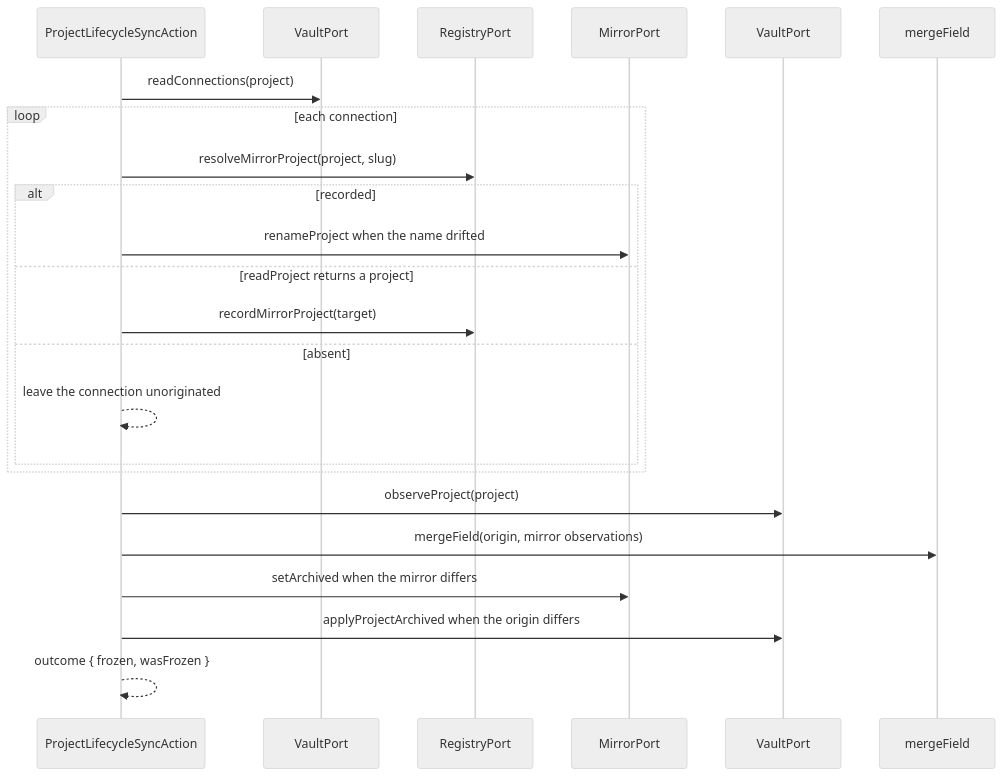
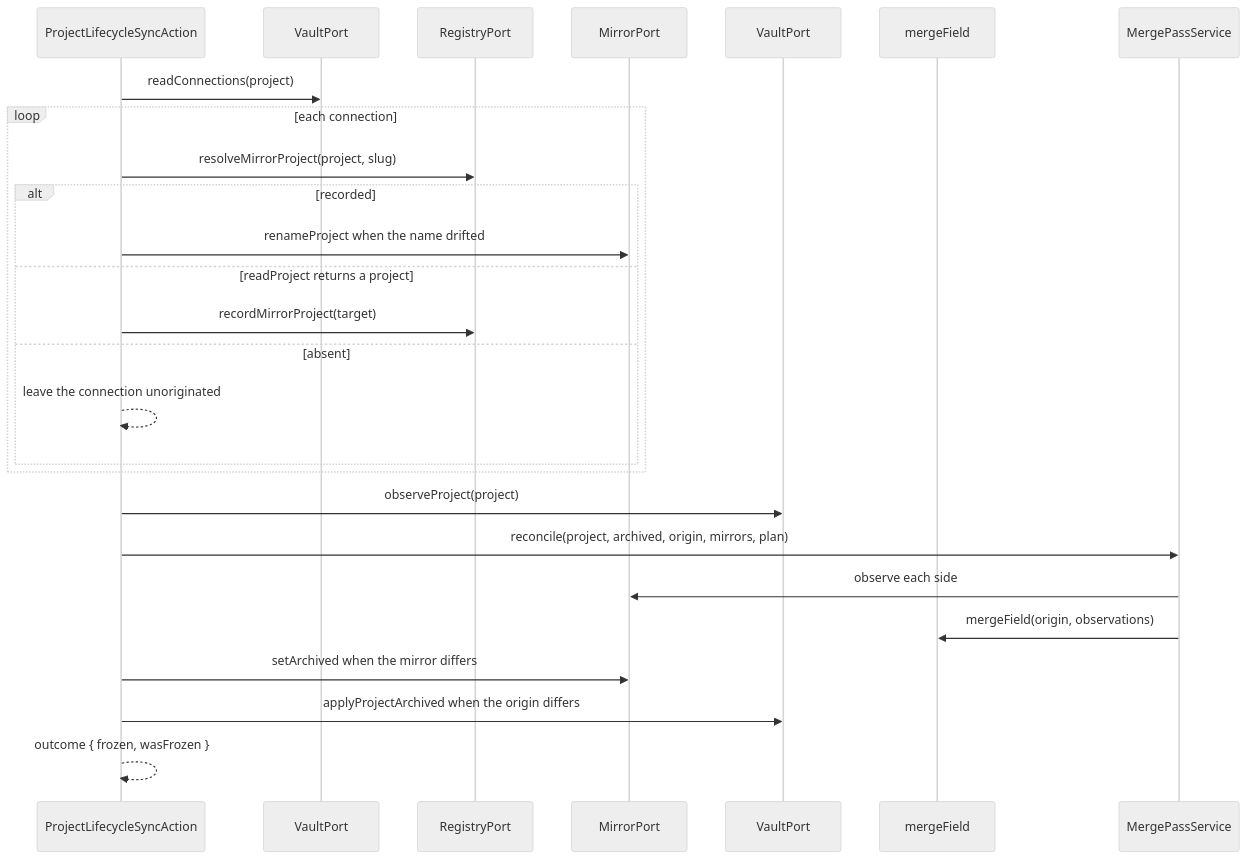
One commit to 99linesofcode/obsidian-project-management changed the sixth of 16 diagrams in docs/developer-manual.md. Above: the diagram before and after it, drawn with Mermaid (neutral theme). The commit also changed other lines of this file and 6 other files, not shown here.

First line of the commit message:
refactor(merge): extract the shared merge-pass driver (Extract Class)

````diff
--- a/docs/developer-manual.md
+++ b/docs/developer-manual.md
@@ -382,26 +392,29 @@
 ```mermaid
 sequenceDiagram
   participant A as ProjectLifecycleSyncAction
   participant PS as VaultPort
-  participant MP as RegistryPort
+  participant H as RegistryPort
   participant R as MirrorPort
   participant O as VaultPort
   participant MF as mergeField
+  participant MP as MergePassService
 
   A->>PS: readConnections(project)
   loop each connection
-    A->>MP: resolveMirrorProject(project, slug)
+    A->>H: resolveMirrorProject(project, slug)
     alt recorded
       A->>R: renameProject when the name drifted
     else readProject returns a project
-      A->>MP: recordMirrorProject(target)
+      A->>H: recordMirrorProject(target)
     else absent
       A-->>A: leave the connection unoriginated
     end
   end
   A->>O: observeProject(project)
-  A->>MF: mergeField(origin, mirror observations)
+  A->>MP: reconcile(project, archived, origin, mirrors, plan)
+  MP->>R: observe each side
+  MP->>MF: mergeField(origin, observations)
   A->>R: setArchived when the mirror differs
   A->>O: applyProjectArchived when the origin differs
   A-->>A: outcome { frozen, wasFrozen }
 ```
````
